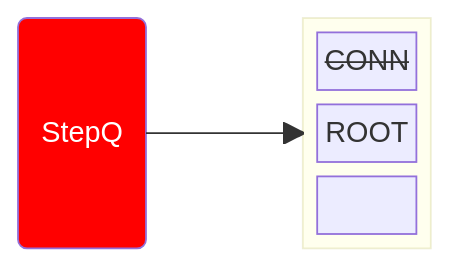
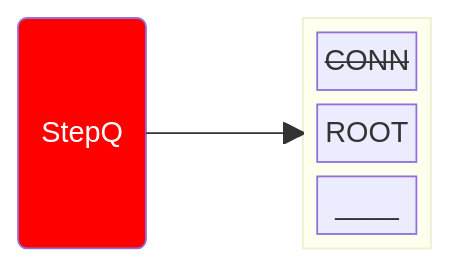
One commit to duclos-cavalcanti/TreeBuilder changed the first of 5 diagrams in docs/slidev/slides/Workflow-1.0.md. Above: the diagram before and after it, drawn with Mermaid. The commit also changed other lines of this file and 11 other files, not shown here.

````diff
--- a/docs/slidev/slides/Workflow-1.0.md
+++ b/docs/slidev/slides/Workflow-1.0.md
@@ -19,15 +19,15 @@
 ```mermaid
 block-beta
     Q("<font color=white>StepQ")
     space
     block:items
         columns 1
         A["<del>CONN</del>"] 
         B["ROOT"]
-        C["    "]
+        C["____"]
     end
 
     Q --> items
 
     style Q fill:#FF0000
 ```
````
